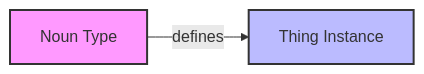
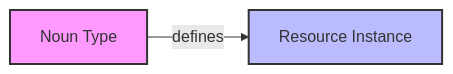
The first of 2 diagrams in content/data/nouns.mdx (drivly/ai), drawn with Mermaid before and after one commit. The commit also changed other lines of this file and 14 other files, not shown here.

````diff
--- a/content/data/nouns.mdx
+++ b/content/data/nouns.mdx
@@ -20,6 +20,6 @@
 ```mermaid
 graph LR
-    A[Noun Type] -->|defines| B[Thing Instance]
+    A[Noun Type] -->|defines| B[Resource Instance]
     style A fill:#f9f,stroke:#333,stroke-width:2px
     style B fill:#bbf,stroke:#333,stroke-width:2px
 ```
````
